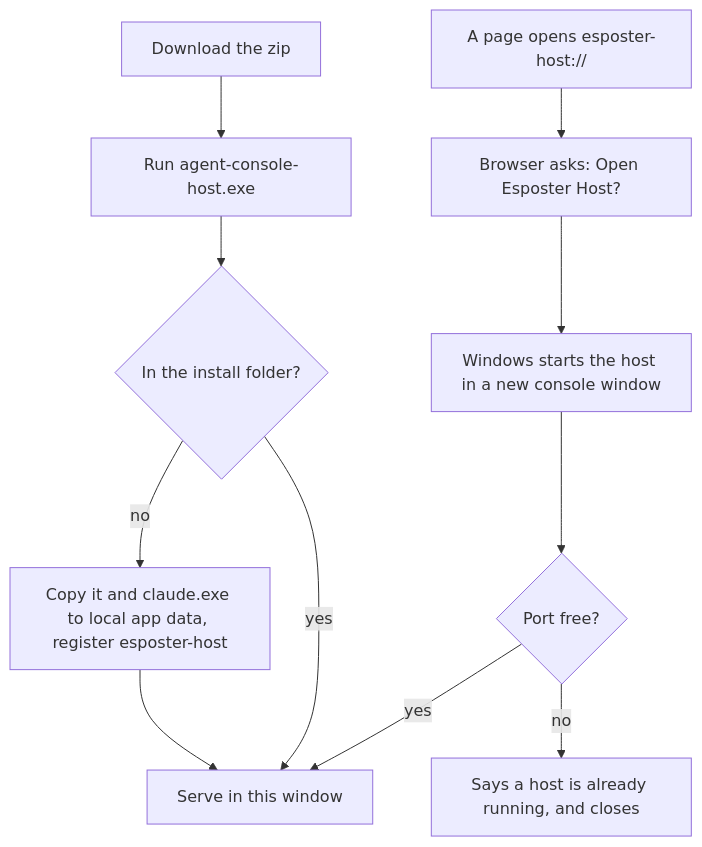
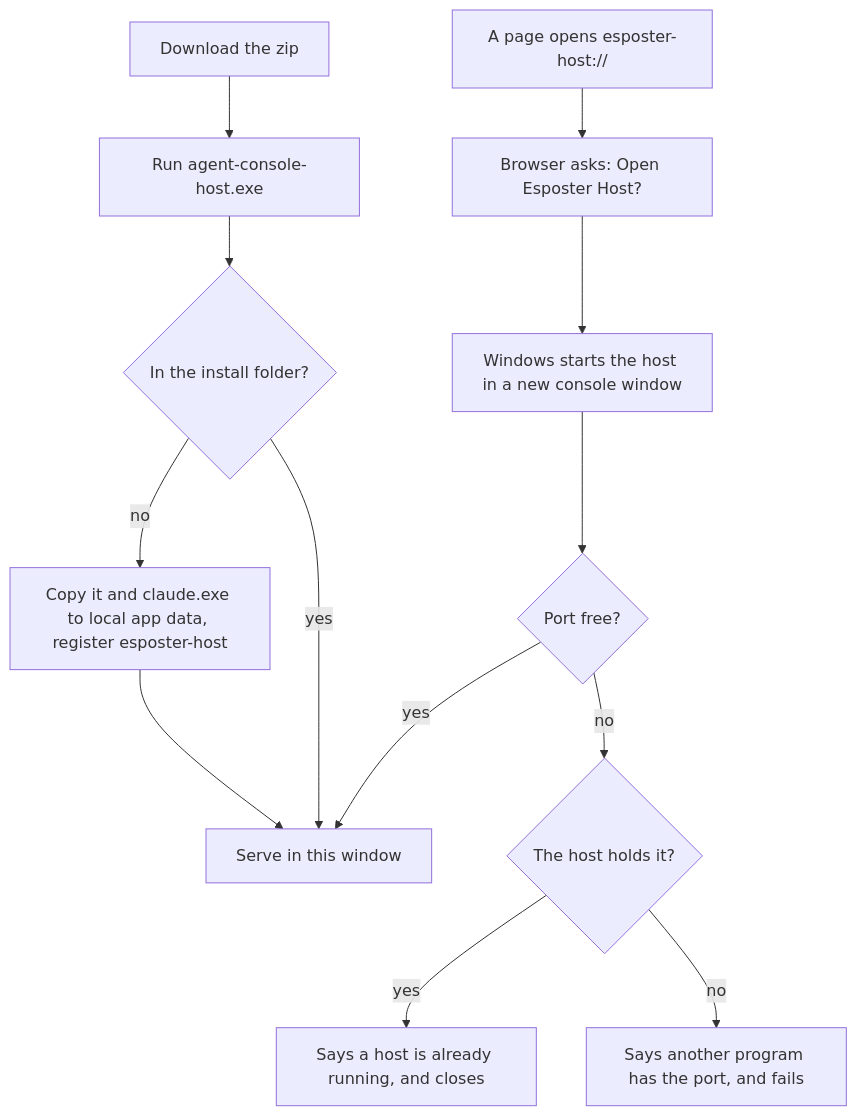
Before and after one commit to Esposter/Esposter: the diagram in apps/web/content/docs/infra/claude-interface/agent-console/host-installer.md, drawn with Mermaid. The commit also changed other lines of this file and 4 other files, not shown here.

First line of the commit message:
fix(agent-console): a scheme launch finding the port taken checks the host holds it before saying one is running

````diff
--- a/apps/web/content/docs/infra/claude-interface/agent-console/host-installer.md
+++ b/apps/web/content/docs/infra/claude-interface/agent-console/host-installer.md
@@ -18,13 +18,15 @@
 ```mermaid
 flowchart TD
   D[Download the zip] --> R[Run agent-console-host.exe]
   R --> I{In the install folder?}
   I -->|no| C[Copy it and claude.exe to local app data, register esposter-host]
   C --> S[Serve in this window]
   I -->|yes| S
   L["A page opens esposter-host://"] --> P[Browser asks: Open Esposter Host?]
   P --> W[Windows starts the host in a new console window]
   W --> T{Port free?}
   T -->|yes| S
-  T -->|no| E[Says a host is already running, and closes]
+  T -->|no| H{The host holds it?}
+  H -->|yes| E[Says a host is already running, and closes]
+  H -->|no| F[Says another program has the port, and fails]
 ```
````
